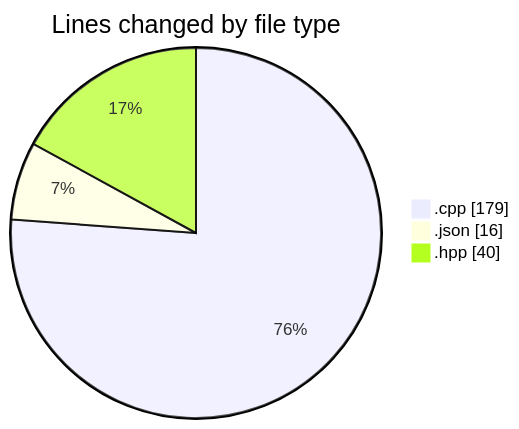
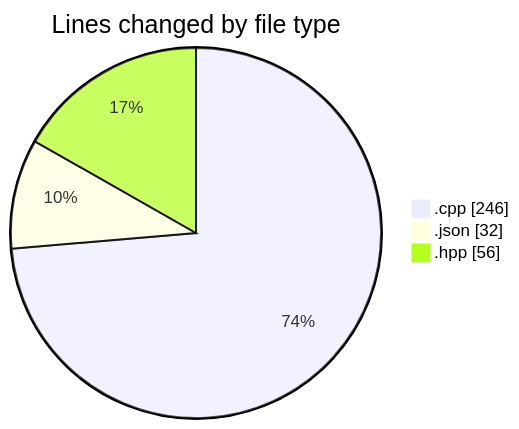
The first of 2 diagrams in 2025-04-28/date/README.md (Netris89/code-tracking), drawn with Mermaid before and after one commit. The commit also changed other lines of this file and 1 other file, not shown here.

````diff
--- a/2025-04-28/date/README.md
+++ b/2025-04-28/date/README.md
@@ -22,7 +22,7 @@
 ```mermaid
 pie showData
 title Lines changed by file type
-".cpp" : 179
-".json" : 16
-".hpp" : 40
+".cpp" : 246
+".json" : 32
+".hpp" : 56
 ```
````
